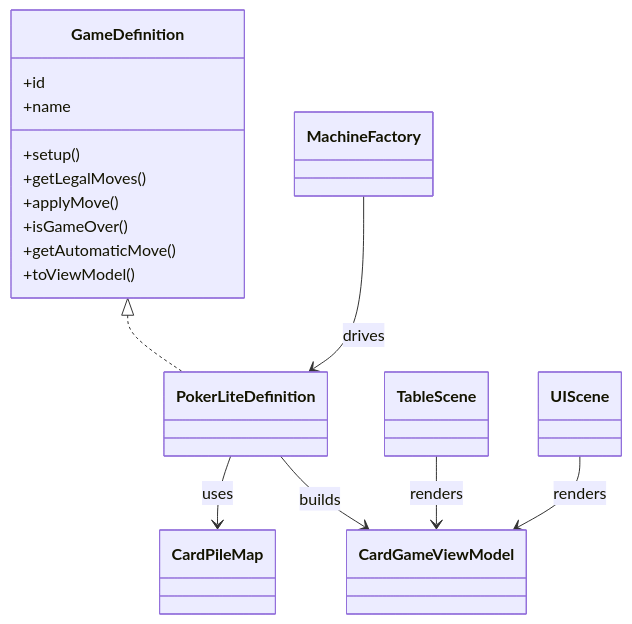
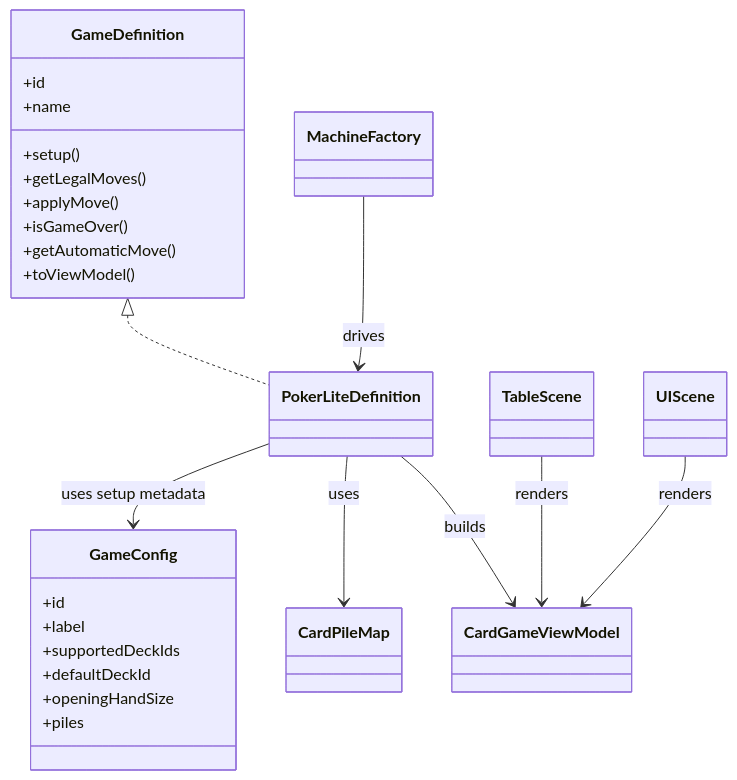
The second of 4 diagrams in docs/rewrite-architecture.md (yuvala/card-game-platform), drawn with Mermaid before and after one commit. The commit also changed other lines of this file and 3 other files, not shown here.

Commit message:
docs: document rewrite game config

````diff
--- a/docs/rewrite-architecture.md
+++ b/docs/rewrite-architecture.md
@@ -134,27 +141,37 @@
 ```mermaid
 classDiagram
     class GameDefinition {
         +id
         +name
         +setup()
         +getLegalMoves()
         +applyMove()
         +isGameOver()
         +getAutomaticMove()
         +toViewModel()
     }
 
+    class GameConfig {
+        +id
+        +label
+        +supportedDeckIds
+        +defaultDeckId
+        +openingHandSize
+        +piles
+    }
+
     class PokerLiteDefinition
     class MachineFactory
     class CardPileMap
     class CardGameViewModel
     class TableScene
     class UIScene
 
     GameDefinition <|.. PokerLiteDefinition
+    PokerLiteDefinition --> GameConfig : uses setup metadata
     PokerLiteDefinition --> CardPileMap : uses
     MachineFactory --> PokerLiteDefinition : drives
     PokerLiteDefinition --> CardGameViewModel : builds
     TableScene --> CardGameViewModel : renders
     UIScene --> CardGameViewModel : renders
 ```
````
